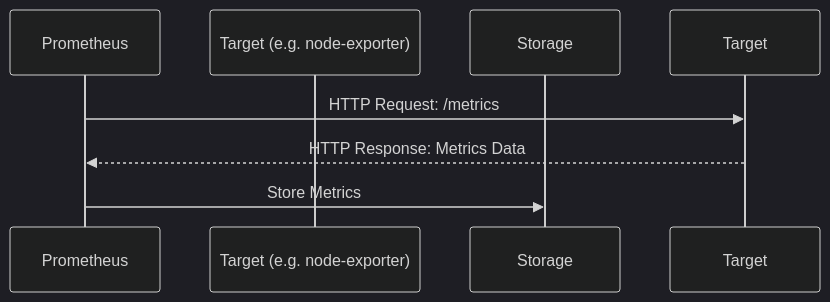
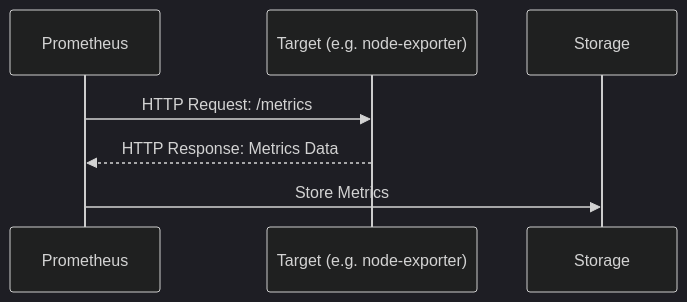
One commit to samin-irtiza/container-monitoring changed the diagram in docs/02_prometheus_.md. Above: the diagram before and after it, drawn with Mermaid (dark theme). The commit also changed 1 other file, not shown here.

Commit message:
Update diagram

````diff
--- a/docs/02_prometheus_.md
+++ b/docs/02_prometheus_.md
@@ -118,10 +118,10 @@
 ```mermaid
 sequenceDiagram
     participant Prometheus
-	participant Target (e.g. node-exporter)
+	participant Target as Target (e.g. node-exporter)
     participant Storage
 
     Prometheus->>Target: HTTP Request: /metrics
     Target-->>Prometheus: HTTP Response: Metrics Data
     Prometheus->>Storage: Store Metrics
 ```
````
